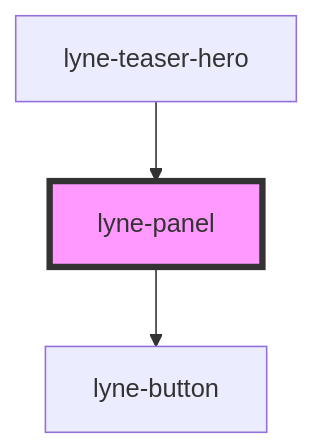
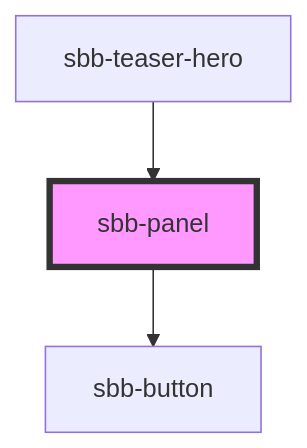
The diagram in src/components/sbb-panel/readme.md (sbb-design-systems/lyne-components), drawn with Mermaid before and after one commit. The commit also changed other lines of this file and 348 other files, not shown here.

Commit message:
refactor: 'lyne' prefix renamed to 'sbb'

````diff
--- a/src/components/sbb-panel/readme.md
+++ b/src/components/sbb-panel/readme.md
@@ -29,6 +29,6 @@
 ```mermaid
 graph TD;
-  lyne-panel --> lyne-button
-  lyne-teaser-hero --> lyne-panel
-  style lyne-panel fill:#f9f,stroke:#333,stroke-width:4px
+  sbb-panel --> sbb-button
+  sbb-teaser-hero --> sbb-panel
+  style sbb-panel fill:#f9f,stroke:#333,stroke-width:4px
 ```
````
